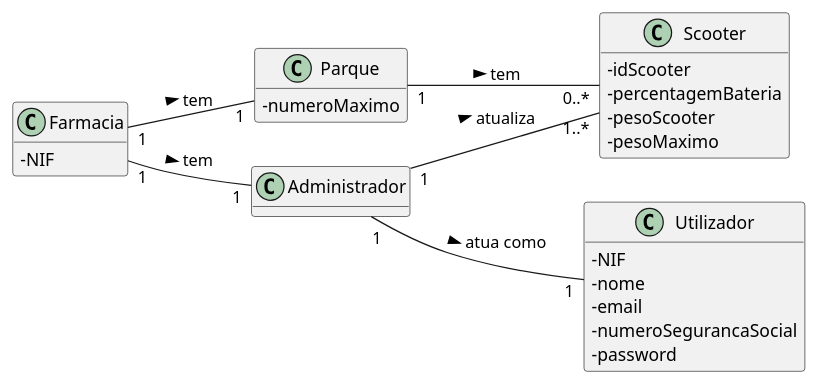
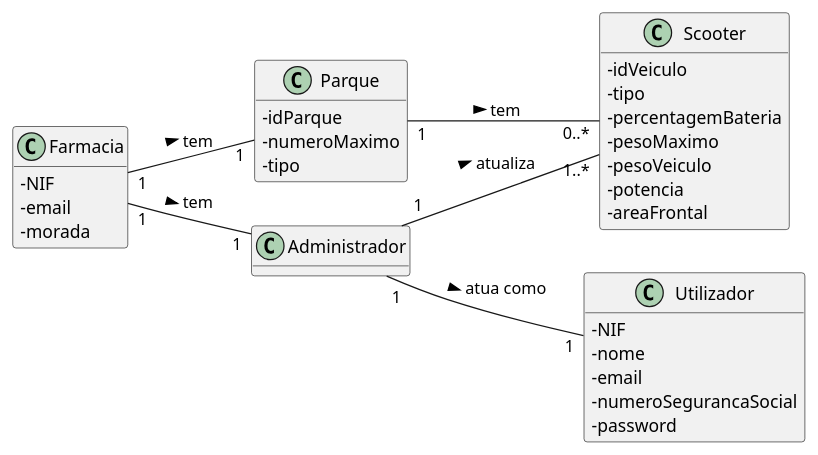
The diagram in docs/UC11/UC11_AtualizarScooter_MD.puml (pedrolemos4/LAPR3), drawn with PlantUML before and after one commit. The commit also changed 4 other files, not shown here.

```diff
--- a/docs/UC11/UC11_AtualizarScooter_MD.puml
+++ b/docs/UC11/UC11_AtualizarScooter_MD.puml
@@ -1,35 +1,42 @@
 @startuml
 skinparam classAttributeIconSize 0
 hide methods
 left to right direction
 
 class Parque {
+  -idParque
   -numeroMaximo
+  -tipo
 }
 
 class Farmacia {
   -NIF
+  -email
+  -morada
 }
 
 class Utilizador {
   -NIF
   -nome
   -email
   -numeroSegurancaSocial
   -password
 }
 
 class Scooter {
-  -idScooter
+  -idVeiculo
+  -tipo
   -percentagemBateria
-  -pesoScooter
   -pesoMaximo
+  -pesoVeiculo
+  -potencia
+  -areaFrontal
 }
 
 Administrador "1" -- "1" Utilizador: atua como >
 Administrador "1" -- "1..*" Scooter: atualiza >
 Farmacia "1" -- "1" Parque: tem >
 Farmacia "1" -- "1" Administrador: tem >
 Parque "1" -- "0..*" Scooter: tem > 
 
 @enduml
```
